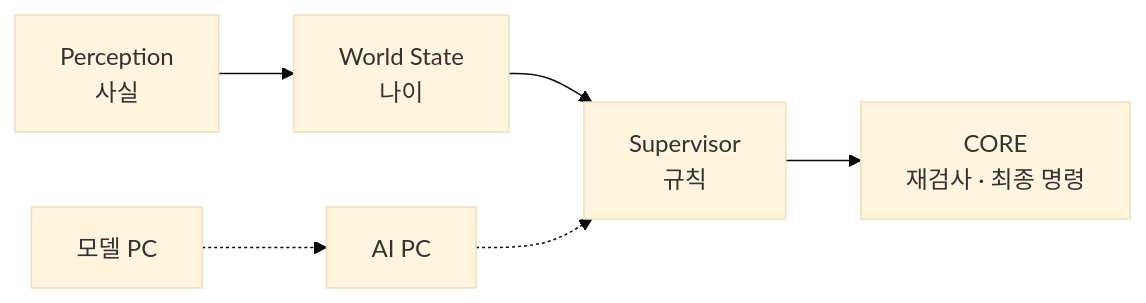
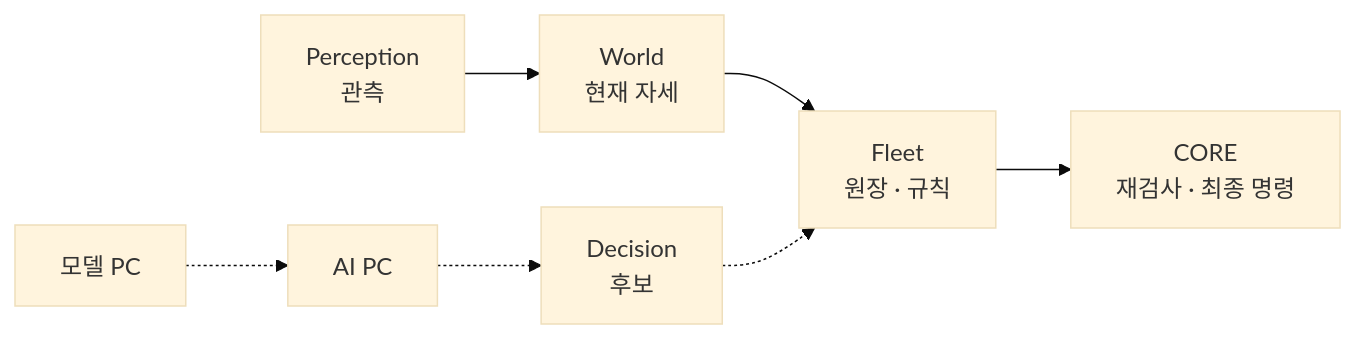
The second of 3 diagrams in README.md (robotics-team-1213/rosy-platform), drawn with Mermaid (base theme) before and after one commit. The commit also changed other lines of this file and 11 other files, not shown here.

````diff
--- a/README.md
+++ b/README.md
@@ -51,8 +53,9 @@
 ```mermaid
 flowchart LR
-    sense["Perception<br/>사실"] --> world["World State<br/>나이"]
-    world --> rule["Supervisor<br/>규칙"]
-    rule --> core["CORE<br/>재검사 · 최종 명령"]
+    sense["Perception<br/>관측"] --> world["World<br/>현재 자세"]
+    world --> fleet["Fleet<br/>원장 · 규칙"]
+    fleet --> core["CORE<br/>재검사 · 최종 명령"]
+    decision["Decision<br/>후보"] -.-> fleet
     learn["모델 PC"] -.-> ai["AI PC"]
-    ai -.-> rule
+    ai -.-> decision
 ```
````
